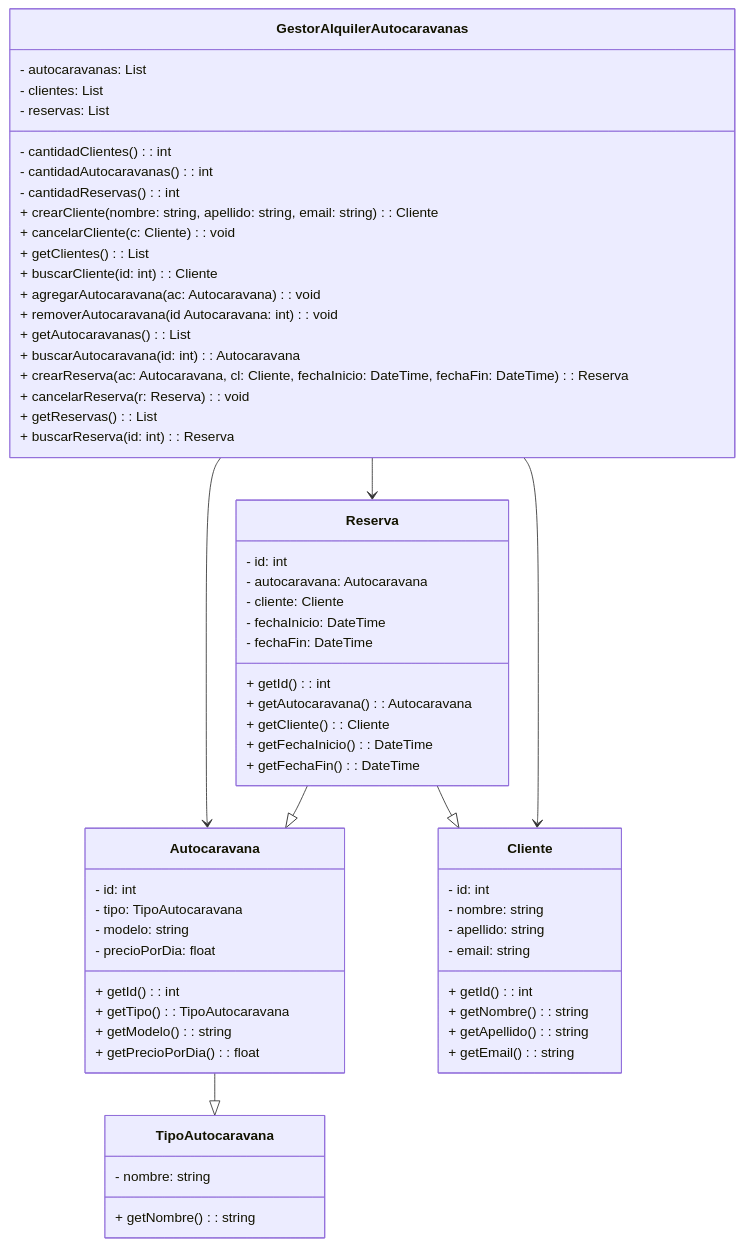
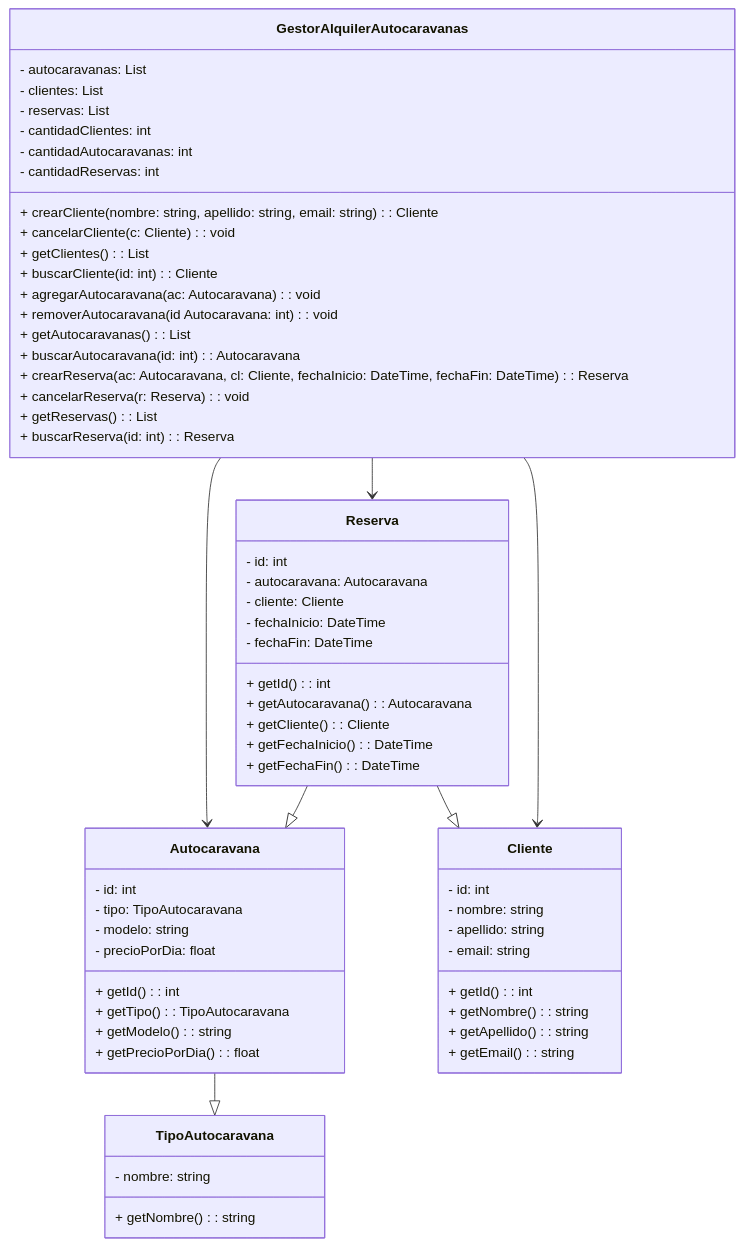
One commit to craboftw/KrenkoAutos changed the diagram in README.md. Above: the diagram before and after it, drawn with Mermaid.

````diff
--- a/README.md
+++ b/README.md
@@ -20,72 +20,72 @@
 ```mermaid
 classDiagram
     class Autocaravana {
         - id: int
         - tipo: TipoAutocaravana
         - modelo: string
         - precioPorDia: float
         + getId(): int
         + getTipo(): TipoAutocaravana
         + getModelo(): string
         + getPrecioPorDia(): float
     }
 
     class TipoAutocaravana {
         - nombre: string
         + getNombre(): string
     }
 
     class Cliente {
         - id: int
         - nombre: string
         - apellido: string
         - email: string
         + getId(): int
         + getNombre(): string
         + getApellido(): string
         + getEmail(): string
     }
 
     class Reserva {
         - id: int
         - autocaravana: Autocaravana
         - cliente: Cliente
         - fechaInicio: DateTime
         - fechaFin: DateTime
         + getId(): int
         + getAutocaravana(): Autocaravana
         + getCliente(): Cliente
         + getFechaInicio(): DateTime
         + getFechaFin(): DateTime
 
 
     }
 
     class GestorAlquilerAutocaravanas {
         - autocaravanas: List<Autocaravana>
         - clientes: List<Cliente>
         - reservas: List<Reserva>
-        - cantidadClientes(): int
-        - cantidadAutocaravanas(): int
-        - cantidadReservas(): int
+        - cantidadClientes: int
+        - cantidadAutocaravanas: int
+        - cantidadReservas: int
         + crearCliente(nombre: string, apellido: string, email: string): Cliente
         + cancelarCliente(c: Cliente): void
         + getClientes(): List<Cliente>
         + buscarCliente(id: int): Cliente
         + agregarAutocaravana(ac: Autocaravana): void
         + removerAutocaravana(id Autocaravana: int): void
         + getAutocaravanas(): List<Autocaravana>
         + buscarAutocaravana(id: int): Autocaravana
         + crearReserva(ac: Autocaravana, cl: Cliente, fechaInicio: DateTime, fechaFin: DateTime): Reserva
         + cancelarReserva(r: Reserva): void
         + getReservas(): List<Reserva>
         + buscarReserva(id: int): Reserva
     }
 
     Autocaravana --|> TipoAutocaravana
     Reserva --|> Autocaravana
     Reserva --|> Cliente
     GestorAlquilerAutocaravanas --> Autocaravana
     GestorAlquilerAutocaravanas --> Reserva
     GestorAlquilerAutocaravanas --> Cliente
 ```
````
